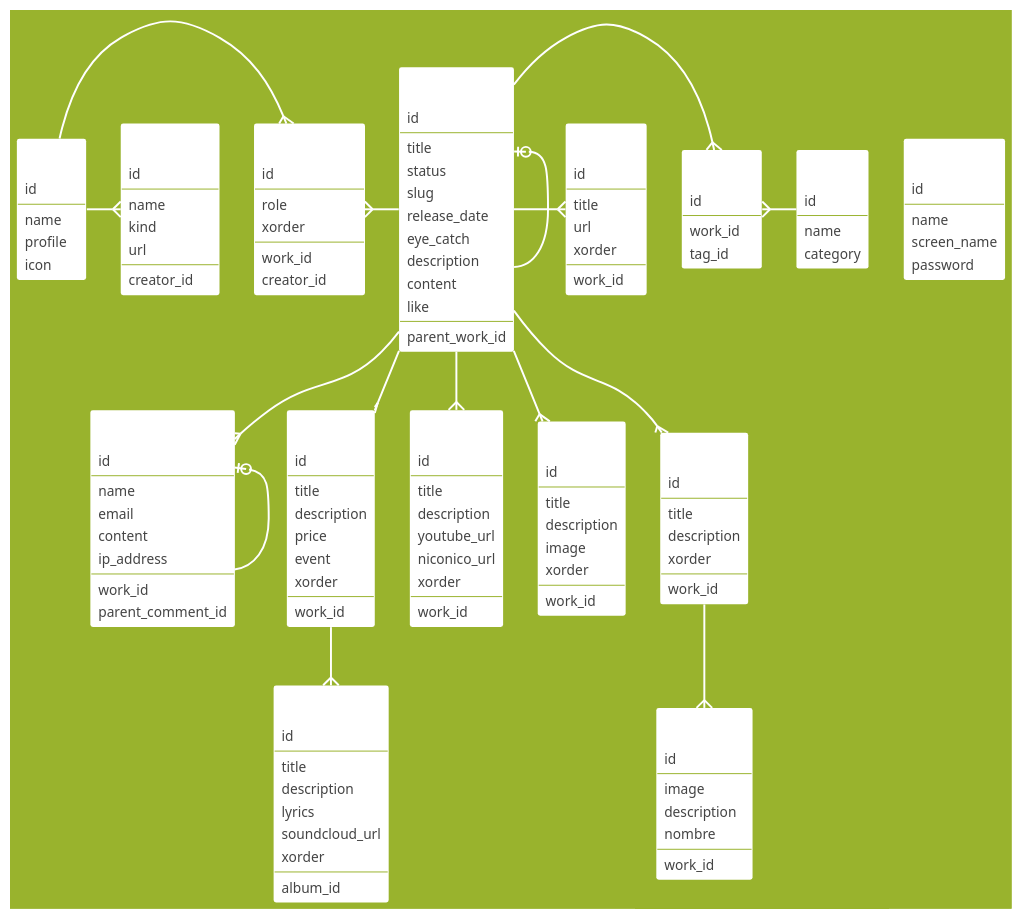
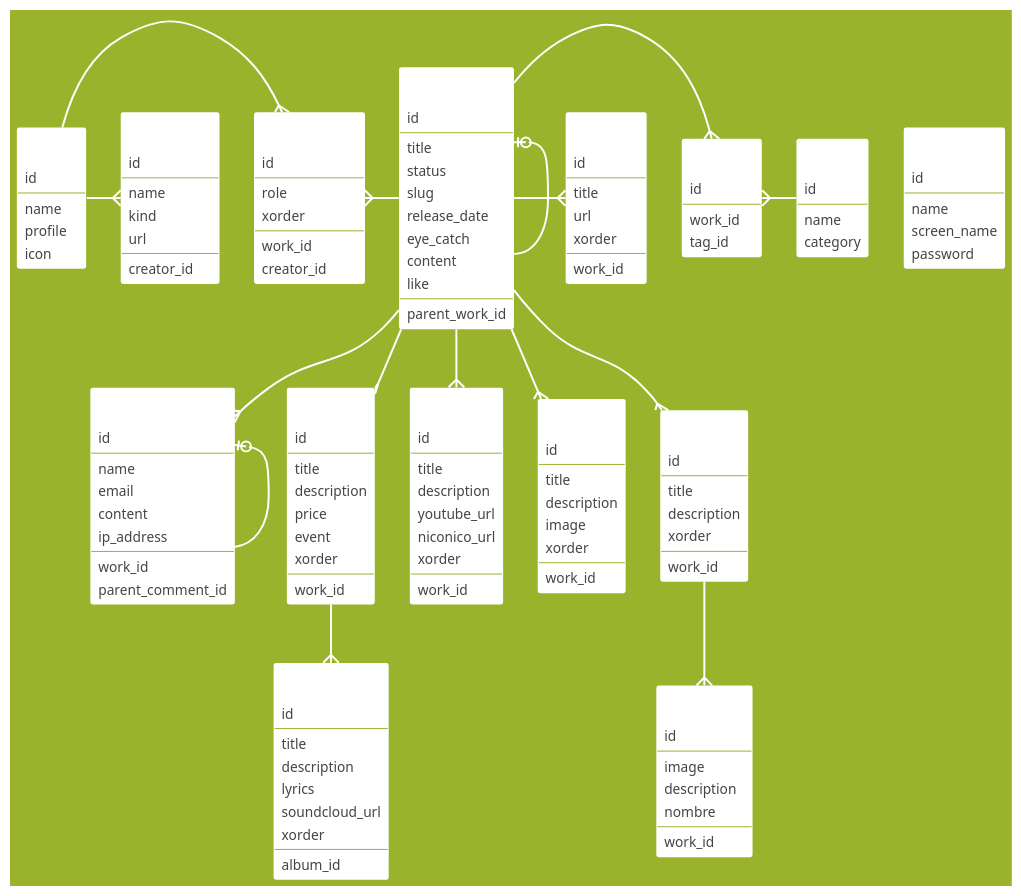
One commit to comorebi-notes/yorozuya changed the diagram in documents/erd.puml. Above: the diagram before and after it, drawn with PlantUML. The commit also changed 23 other files, not shown here.

```diff
--- a/documents/erd.puml
+++ b/documents/erd.puml
@@ -1,194 +1,193 @@
 @startuml
 
 hide circle
 
 skinparam Shadowing false
 skinparam DefaultFontName "Ricty Diminished"
 skinparam DefaultFontSize 14
 skinparam DefaultFontStyle bold
 skinparam classFontSize 16
 skinparam classFontStyle bold
 skinparam ArrowColor white
 skinparam ArrowThickness 2
 skinparam Padding 2
 skinparam ClassBorderThickness 0
 
 skinparam DefaultFontColor #444
 skinparam BackgroundColor #99b32d
 skinparam ClassBorderColor #99b32d
 skinparam ClassHeaderBackgroundColor #c46
 skinparam ClassBackgroundColor #fff
 skinparam StereotypeCBackgroundColor #fff
 skinparam classFontColor #fff
 
 entity User {
   id
   --
   name
   screen_name
   password
 }
 
 entity Work {
   id
   --
   title
   status
   slug
   release_date
   eye_catch
-  description
   content
   like
   --
   parent_work_id
 }
 
 entity Tag {
   id
   --
   name
   category
 }
 
 entity WorkTag {
   id
   --
   work_id
   tag_id
 }
 
 entity Comment {
   id
   --
   name
   email
   content
   ip_address
   --
   work_id
   parent_comment_id
 }
 
 entity WorkSite {
   id
   --
   title
   url
   xorder
   --
   work_id
 }
 
 entity Album {
   id
   --
   title
   description
   price
   event
   xorder
   --
   work_id
 }
 
 entity Music {
   id
   --
   title
   description
   lyrics
   soundcloud_url
   xorder
   --
   album_id
 }
 
 entity Movie {
   id
   --
   title
   description
   youtube_url
   niconico_url
   xorder
   --
   work_id
 }
 
 entity Artwork {
   id
   --
   title
   description
   image
   xorder
   --
   work_id
 }
 
 entity Comic {
   id
   --
   title
   description
   xorder
   --
   work_id
 }
 
 entity ComicPage {
   id
   --
   image
   description
   nombre
   --
   work_id
 }
 
 entity WorkCreator {
   id
   --
   role
   xorder
   --
   work_id
   creator_id
 }
 
 entity Creator {
   id
   --
   name
   profile
   icon
 }
 
 entity CreatorSite {
   id
   --
   name
   kind
   url
   --
   creator_id
 }
 
 Work -{ WorkTag
 WorkTag }- Tag
 Work --{ Comment
 Comment |o- Comment
 Work -{ WorkSite
 Work --{ Album
 Album --{ Music
 Work --{ Artwork
 Work --{ Movie
 Work --{ Comic
 Comic --{ ComicPage
 Creator -{ WorkCreator
 WorkCreator }- Work
 Creator -{ CreatorSite
 Work |o- Work
 
 @enduml
```
